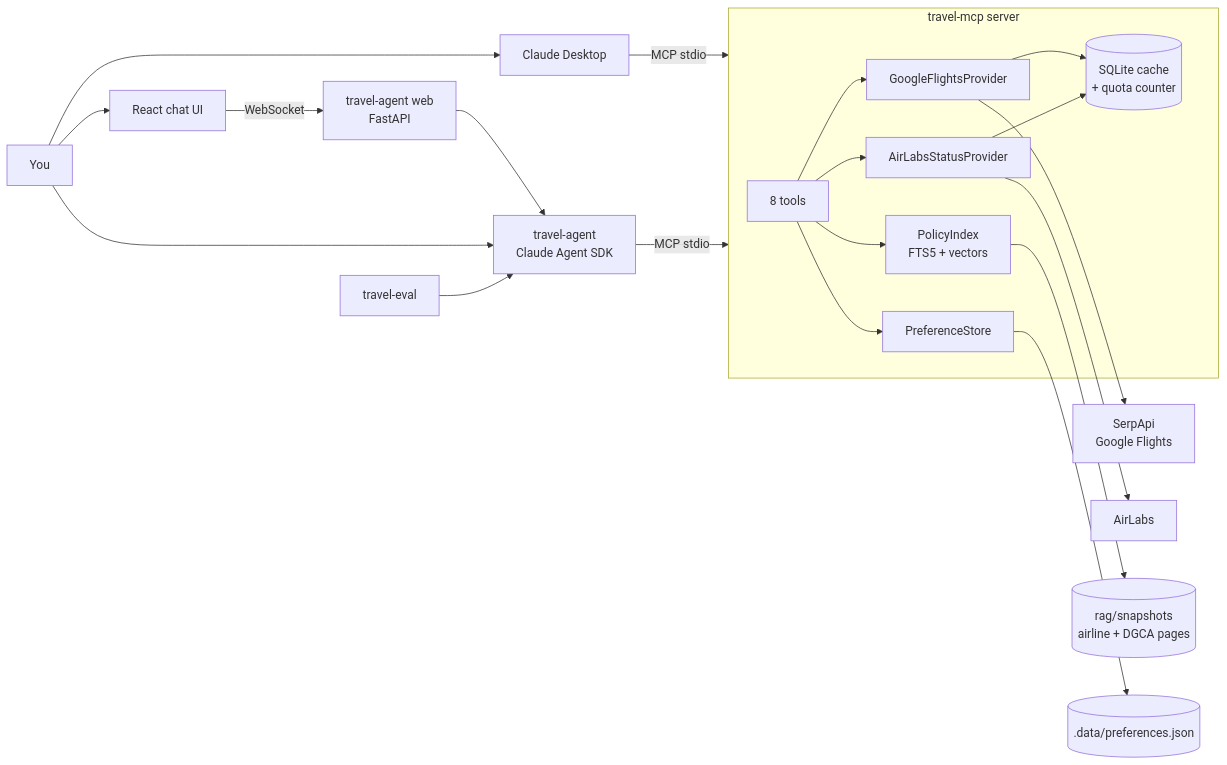
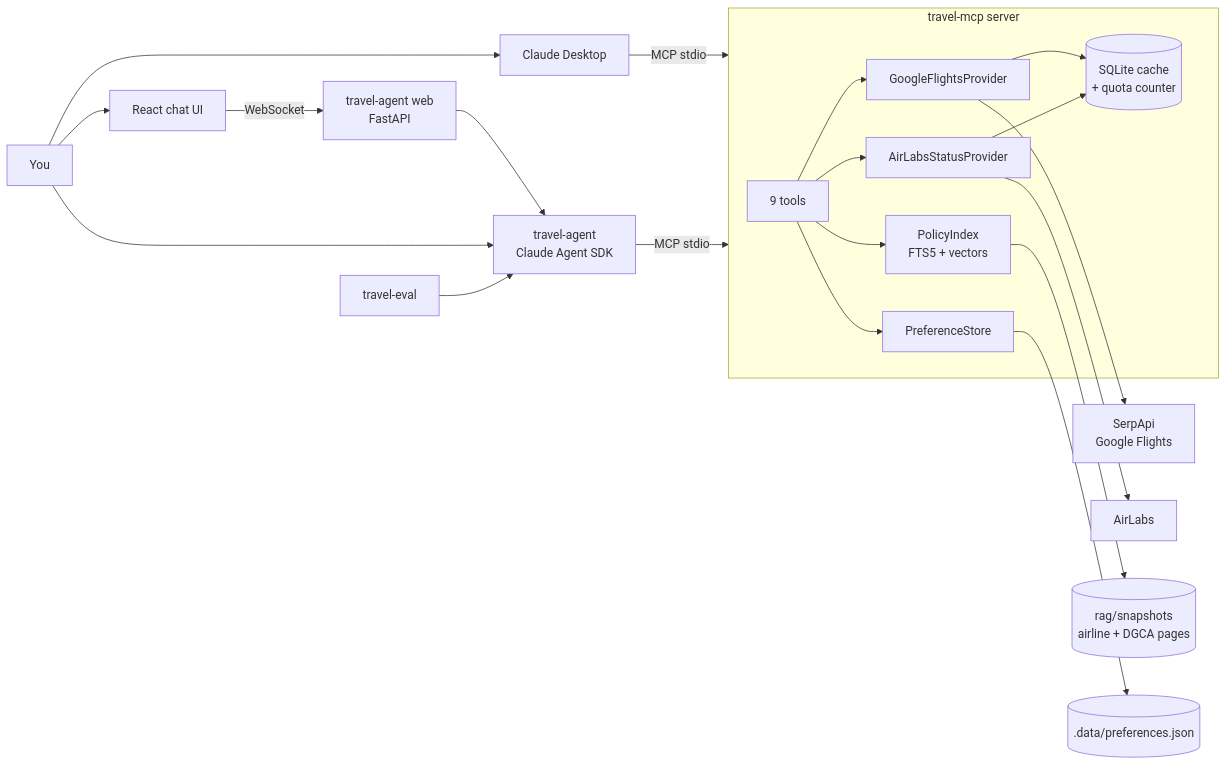
Before and after one commit to rkZ-10/travel-assistant: the diagram in docs/architecture.md, drawn with Mermaid. The commit also changed 47 other files, not shown here.

````diff
--- a/docs/architecture.md
+++ b/docs/architecture.md
@@ -3,21 +3,21 @@
 ```mermaid
 flowchart LR
     U[You] --> CD[Claude Desktop]
     U --> UI[React chat UI] -- WebSocket --> WEB[travel-agent web<br/>FastAPI]
     WEB --> AG
     U --> AG[travel-agent<br/>Claude Agent SDK]
     EV[travel-eval] --> AG
     CD -- MCP stdio --> S
     AG -- MCP stdio --> S
     subgraph S[travel-mcp server]
-        T[8 tools] --> P1[GoogleFlightsProvider]
+        T[9 tools] --> P1[GoogleFlightsProvider]
         T --> P2[AirLabsStatusProvider]
         T --> RAG[PolicyIndex<br/>FTS5 + vectors]
         T --> PR[PreferenceStore]
         P1 & P2 --> C[(SQLite cache<br/>+ quota counter)]
     end
     P1 --> SA[SerpApi<br/>Google Flights]
     P2 --> AL[AirLabs]
     RAG --> SN[(rag/snapshots<br/>airline + DGCA pages)]
     PR --> PJ[(.data/preferences.json)]
 ```
````
